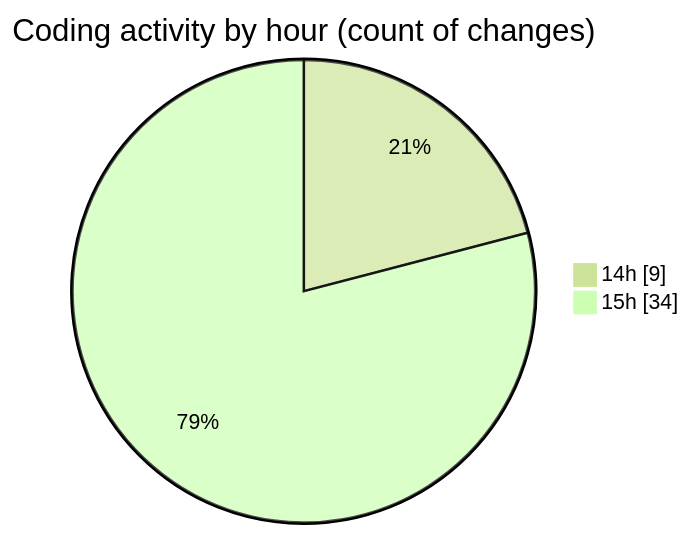
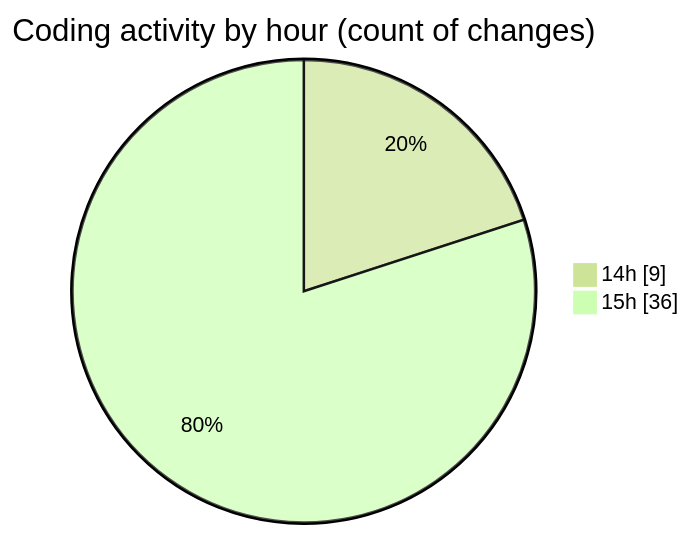
The second of 2 diagrams in 2025-06-17/projects/README.md (Ritupan-Deka/code-tracking), drawn with Mermaid (forest theme) before and after one commit. The commit also changed other lines of this file and 1 other file, not shown here.

````diff
--- a/2025-06-17/projects/README.md
+++ b/2025-06-17/projects/README.md
@@ -29,6 +29,6 @@
 ```mermaid
 pie showData
 title Coding activity by hour (count of changes)
 "14h" : 9
-"15h" : 34
+"15h" : 36
 ```
````
